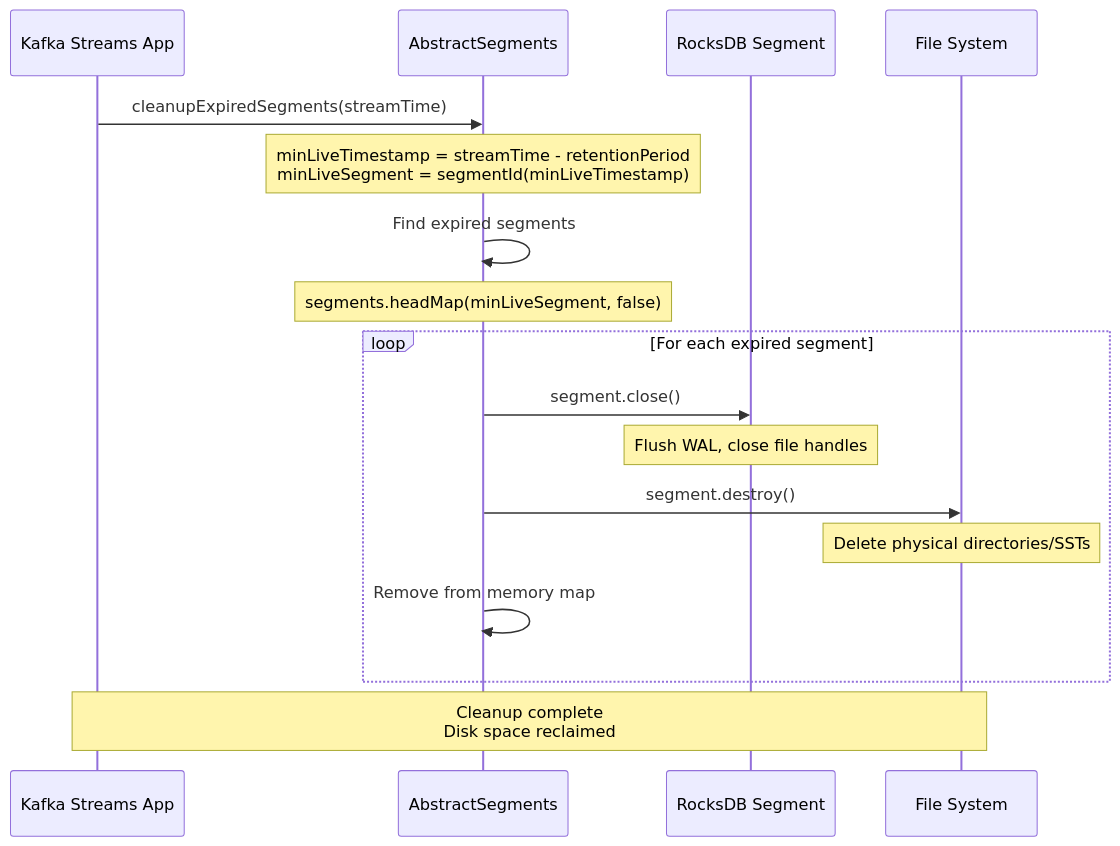
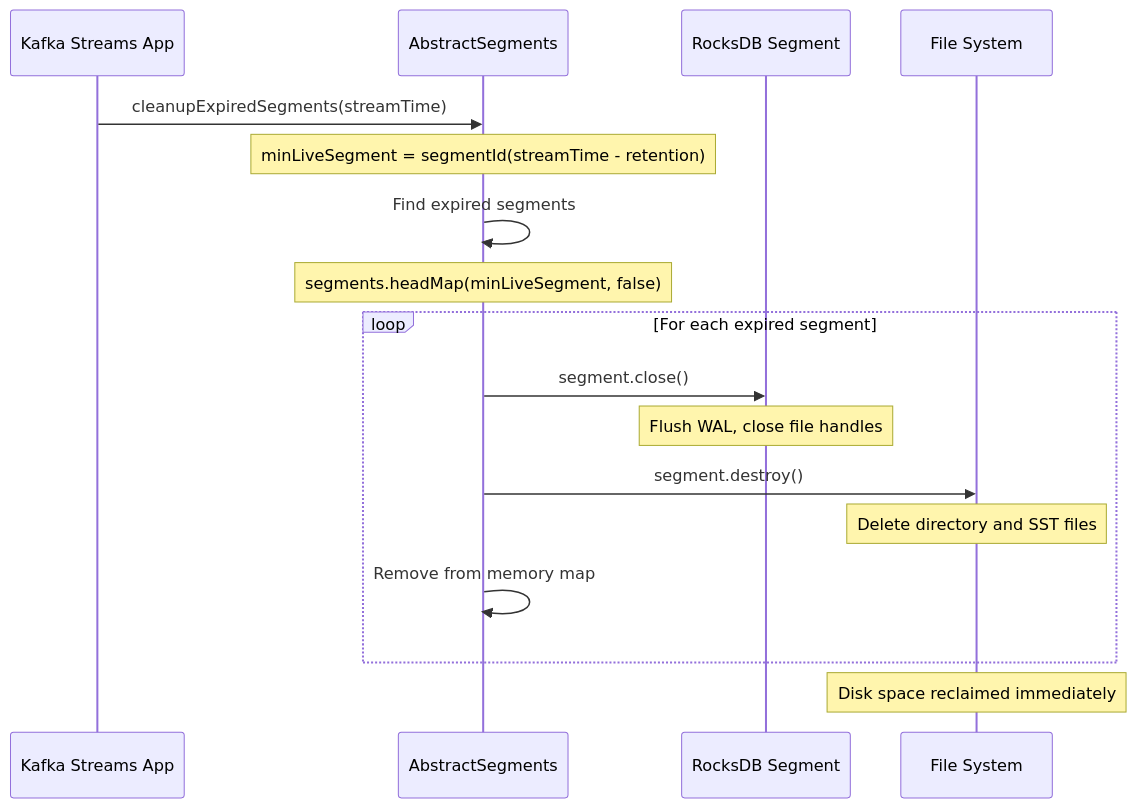
The fourth of 5 diagrams in deduplication-window-store-design.md (yutaofr/my-design-docs), drawn with Mermaid before and after one commit. The commit also changed other lines of this file, not shown here.

````diff
--- a/deduplication-window-store-design.md
+++ b/deduplication-window-store-design.md
@@ -228,25 +275,25 @@
 ```mermaid
 sequenceDiagram
     participant App as Kafka Streams App
     participant Seg as AbstractSegments
     participant Rocks as RocksDB Segment
-    participant Files as File System
+    participant FS as File System
 
     App->>Seg: cleanupExpiredSegments(streamTime)
-    Note over Seg: minLiveTimestamp = streamTime - retentionPeriod<br/>minLiveSegment = segmentId(minLiveTimestamp)
+    Note over Seg: minLiveSegment = segmentId(streamTime - retention)
     
     Seg->>Seg: Find expired segments
     Note over Seg: segments.headMap(minLiveSegment, false)
     
     loop For each expired segment
         Seg->>Rocks: segment.close()
         Note over Rocks: Flush WAL, close file handles
         
-        Seg->>Files: segment.destroy()
-        Note over Files: Delete physical directories/SSTs
+        Seg->>FS: segment.destroy()
+        Note over FS: Delete directory and SST files
         
         Seg->>Seg: Remove from memory map
     end
     
-    Note over App,Files: Cleanup complete<br/>Disk space reclaimed
+    Note over FS: Disk space reclaimed immediately
 ```
````
